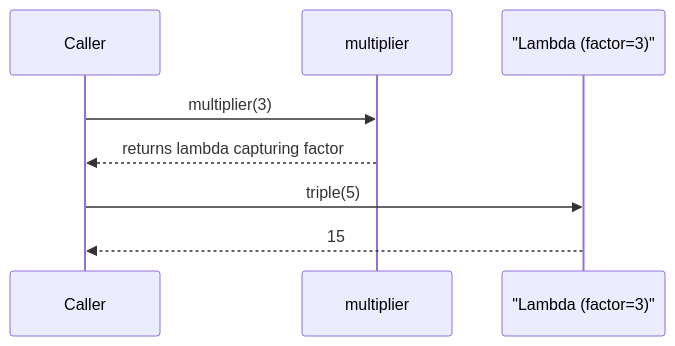
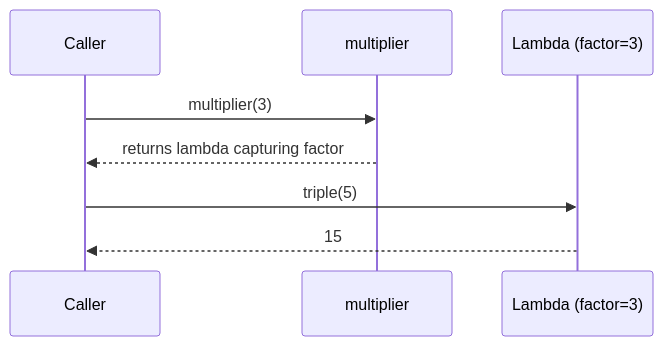
The eighth of 8 diagrams in topics/01-kotlin-basics.md (AkshayAshokCode/Android-Interview-Questions-cheat-sheet), drawn with Mermaid before and after one commit. The commit also changed 3 other files, not shown here.

````diff
--- a/topics/01-kotlin-basics.md
+++ b/topics/01-kotlin-basics.md
@@ -2387,10 +2387,10 @@
 ```mermaid
 sequenceDiagram
     participant Caller
     participant multiplier
-    participant Lambda as "Lambda (factor=3)"
+    participant Lambda as Lambda (factor=3)
     Caller->>multiplier: multiplier(3)
     multiplier-->>Caller: returns lambda capturing factor
     Caller->>Lambda: triple(5)
     Lambda-->>Caller: 15
 ```
````
